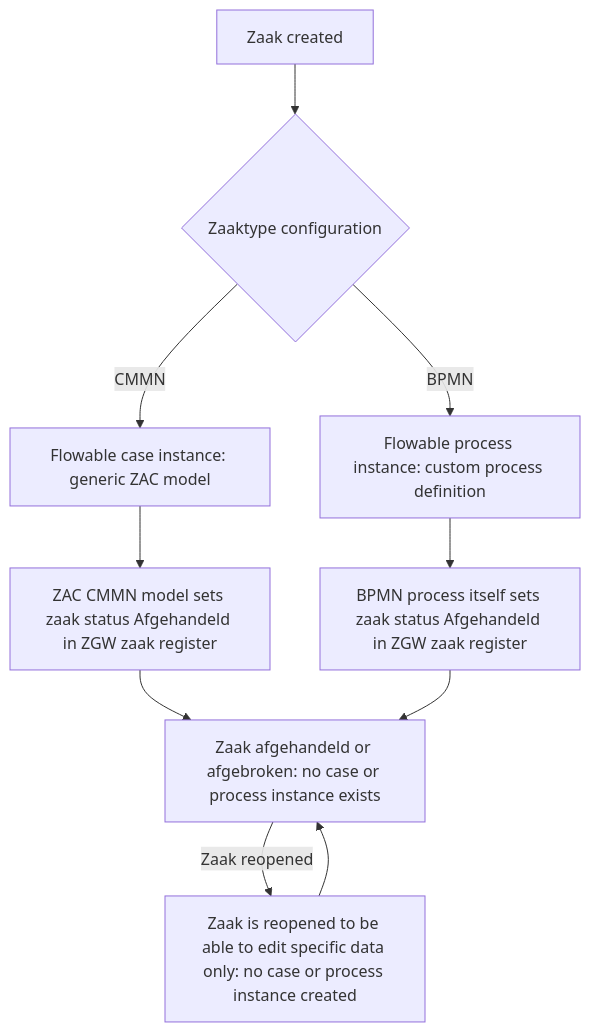
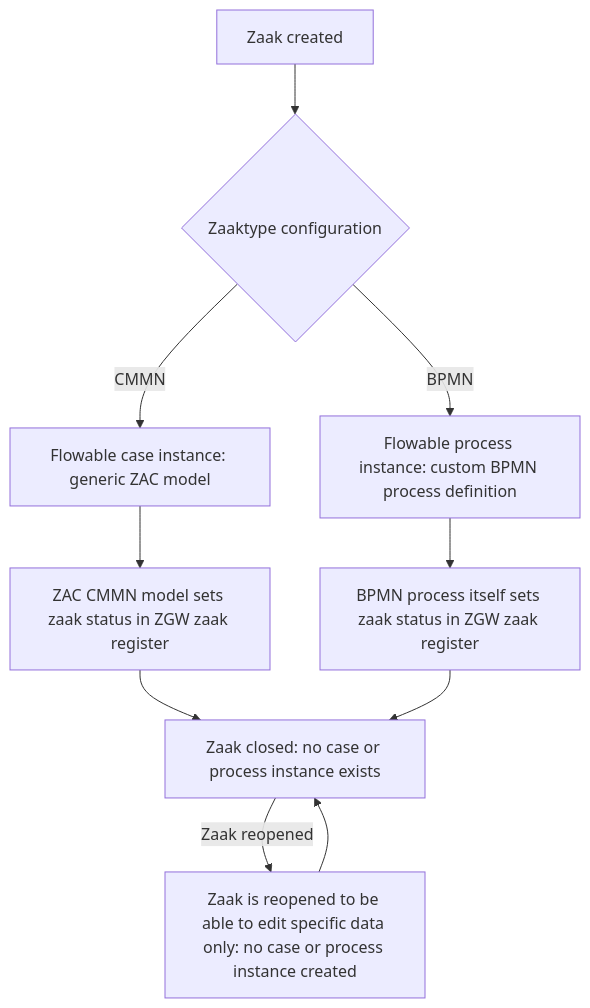
The diagram in docs/solution-architecture/businessProcessAutomationArchitecture.md (infonl/dimpact-zaakafhandelcomponent), drawn with Mermaid before and after one commit. The commit also changed other lines of this file, not shown here.

Commit message:
chore(docs): clarify BPMN and CMMN zaak lifecycle and status behavior

````diff
--- a/docs/solution-architecture/businessProcessAutomationArchitecture.md
+++ b/docs/solution-architecture/businessProcessAutomationArchitecture.md
@@ -32,12 +28,12 @@
 ```mermaid
 flowchart TD
     A[Zaak created] --> B{Zaaktype configuration}
     B -->|CMMN| C[Flowable case instance: generic ZAC model]
-    B -->|BPMN| D[Flowable process instance: custom process definition]
-    C --> E[ZAC CMMN model sets zaak status Afgehandeld in ZGW zaak register]
-    D --> F[BPMN process itself sets zaak status Afgehandeld in ZGW zaak register]
-    E --> G[Zaak afgehandeld or afgebroken: no case or process instance exists]
+    B -->|BPMN| D[Flowable process instance: custom BPMN process definition]
+    C --> E[ZAC CMMN model sets zaak status in ZGW zaak register]
+    D --> F[BPMN process itself sets zaak status in ZGW zaak register]
+    E --> G[Zaak closed: no case or process instance exists]
     F --> G
     G -->|Zaak reopened| H[Zaak is reopened to be able to edit specific data only: no case or process instance created]
     H --> G
 ```
````
